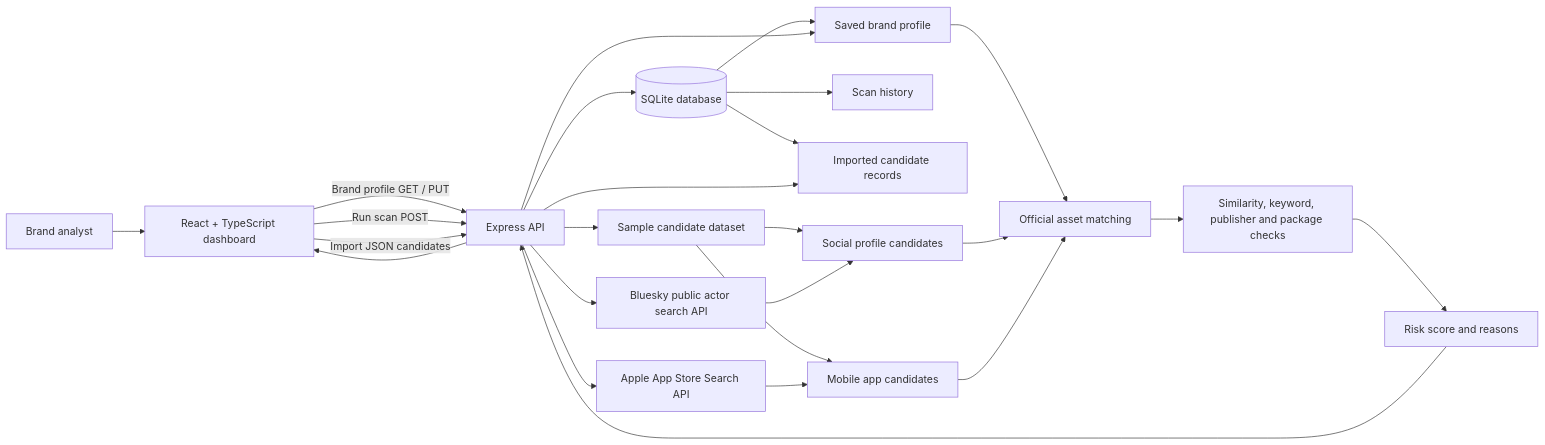
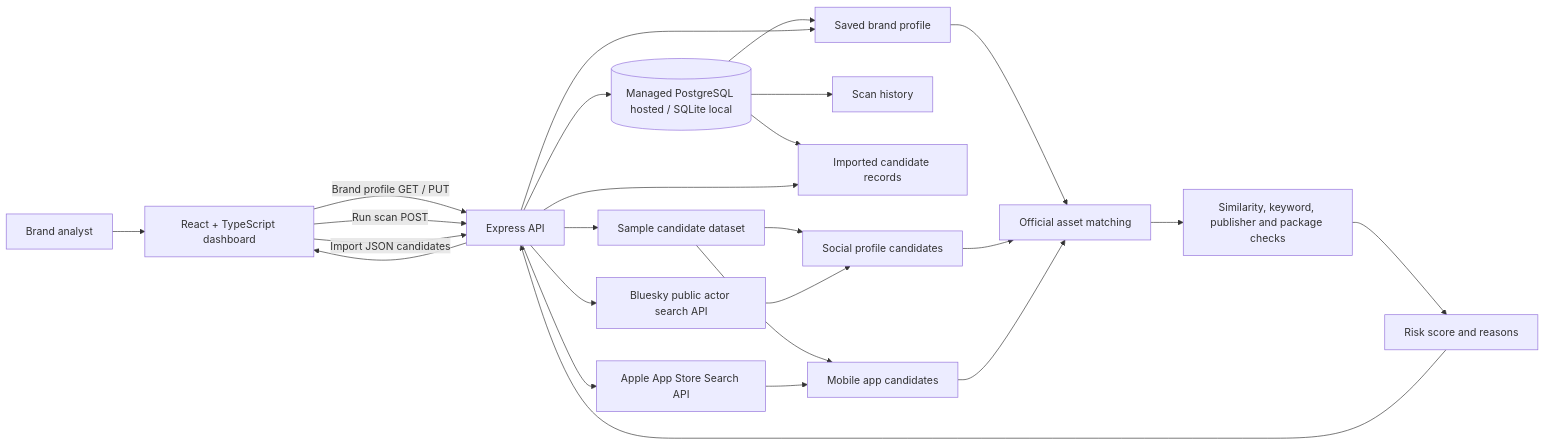
Before and after one commit to meghana-anupoju/BrandShield-AI: the diagram in docs/architecture.md, drawn with Mermaid. The commit also changed other lines of this file and 10 other files, not shown here.

First line of the commit message:
Add managed PostgreSQL deployment support

````diff
--- a/docs/architecture.md
+++ b/docs/architecture.md
@@ -5,27 +5,27 @@
 ```mermaid
 flowchart LR
   Analyst[Brand analyst] --> UI[React + TypeScript dashboard]
   UI -->|Brand profile GET / PUT| API[Express API]
   UI -->|Run scan POST| API
   UI -->|Import JSON candidates| API
-  API --> DB[(SQLite database)]
+  API -->   DB[(Managed PostgreSQL hosted / SQLite local)]
   DB --> Profile[Saved brand profile]
   DB --> History[Scan history]
   DB --> Imports[Imported candidate records]
   API --> Profile
   API --> Imports
   API --> Sources[Sample candidate dataset]
   API --> Bluesky[Bluesky public actor search API]
   API --> Apple[Apple App Store Search API]
   Sources --> Social[Social profile candidates]
   Sources --> Apps[Mobile app candidates]
   Bluesky --> Social
   Apple --> Apps
   Profile --> Exclusion[Official asset matching]
   Social --> Exclusion
   Apps --> Exclusion
   Exclusion --> Detection[Similarity, keyword, publisher and package checks]
   Detection --> Risk[Risk score and reasons]
   Risk --> API
   API --> UI
 ```
````
